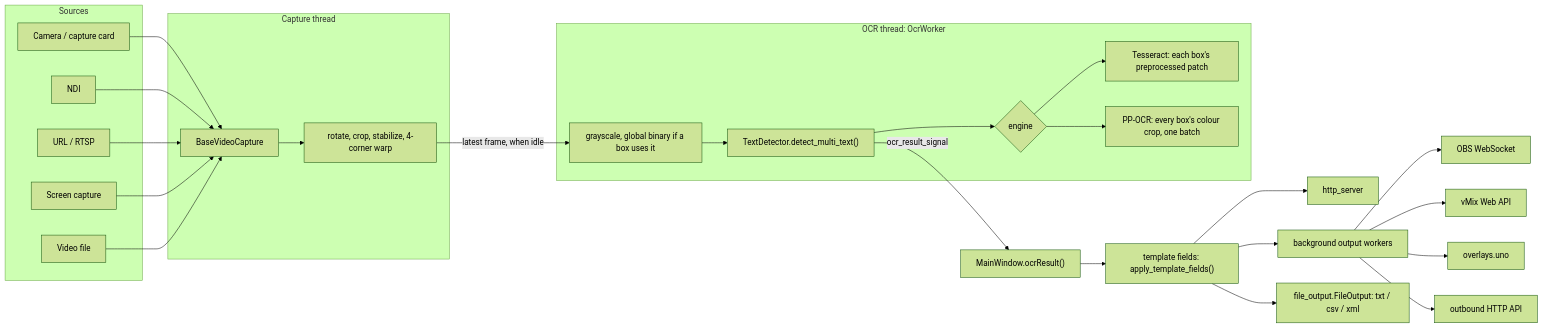
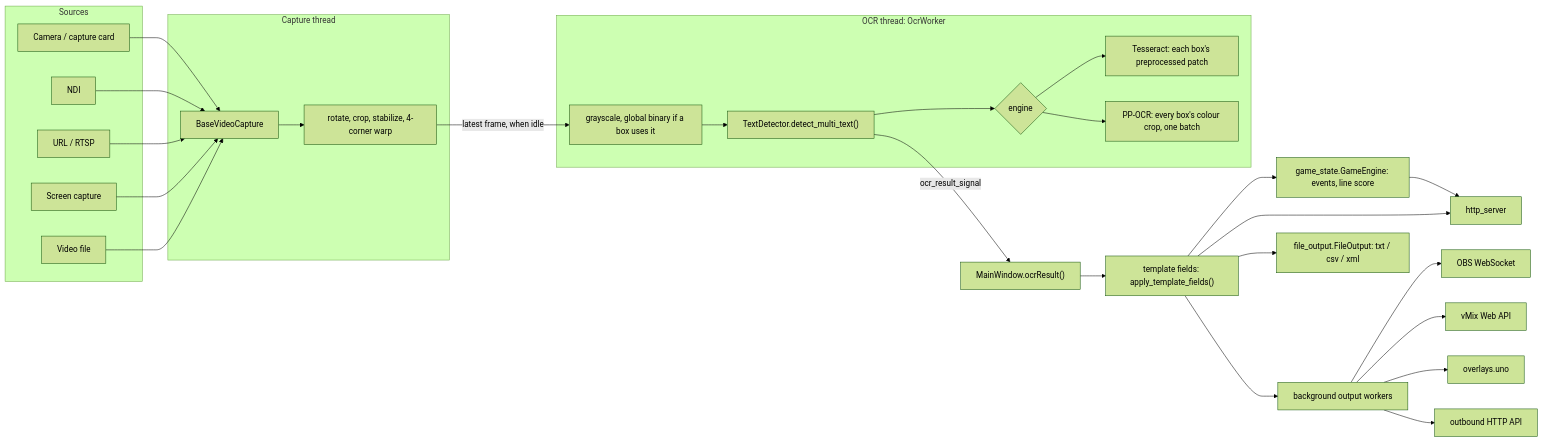
One commit to ThomasMcCrossin/scoresight changed the diagram in docs/development/architecture.md. Above: the diagram before and after it, drawn with Mermaid (forest theme). The commit also changed other lines of this file and 9 other files, not shown here.

````diff
--- a/docs/development/architecture.md
+++ b/docs/development/architecture.md
@@ -22,30 +22,32 @@
 ```mermaid
 flowchart LR
     subgraph Sources
         CAM[Camera / capture card]
         NDI[NDI]
         URL[URL / RTSP]
         SCR[Screen capture]
         FILE[Video file]
     end
     subgraph TT [Capture thread]
         CAP[BaseVideoCapture] --> PRE[rotate, crop, stabilize, 4-corner warp]
     end
     subgraph OW [OCR thread: OcrWorker]
         PRE -- "latest frame, when idle" --> BIN[grayscale, global binary if a box uses it]
         BIN --> OCR["TextDetector.detect_multi_text()"]
         OCR --> ENG{engine}
         ENG --> TESS["Tesseract: each box's preprocessed patch"]
         ENG --> PP["PP-OCR: every box's colour crop, one batch"]
     end
     CAM & NDI & URL & SCR & FILE --> CAP
     OCR -- ocr_result_signal --> MW["MainWindow.ocrResult()"]
     MW --> TPL["template fields: apply_template_fields()"]
+    TPL --> GAME["game_state.GameEngine: events, line score"]
+    GAME --> HTTP
     TPL --> HTTP[http_server]
     TPL --> WORKERS[background output workers]
     WORKERS --> OBS[OBS WebSocket]
     WORKERS --> VMIX[vMix Web API]
     WORKERS --> UNO[overlays.uno]
     WORKERS --> API[outbound HTTP API]
     TPL --> FILES["file_output.FileOutput: txt / csv / xml"]
 ```
````
